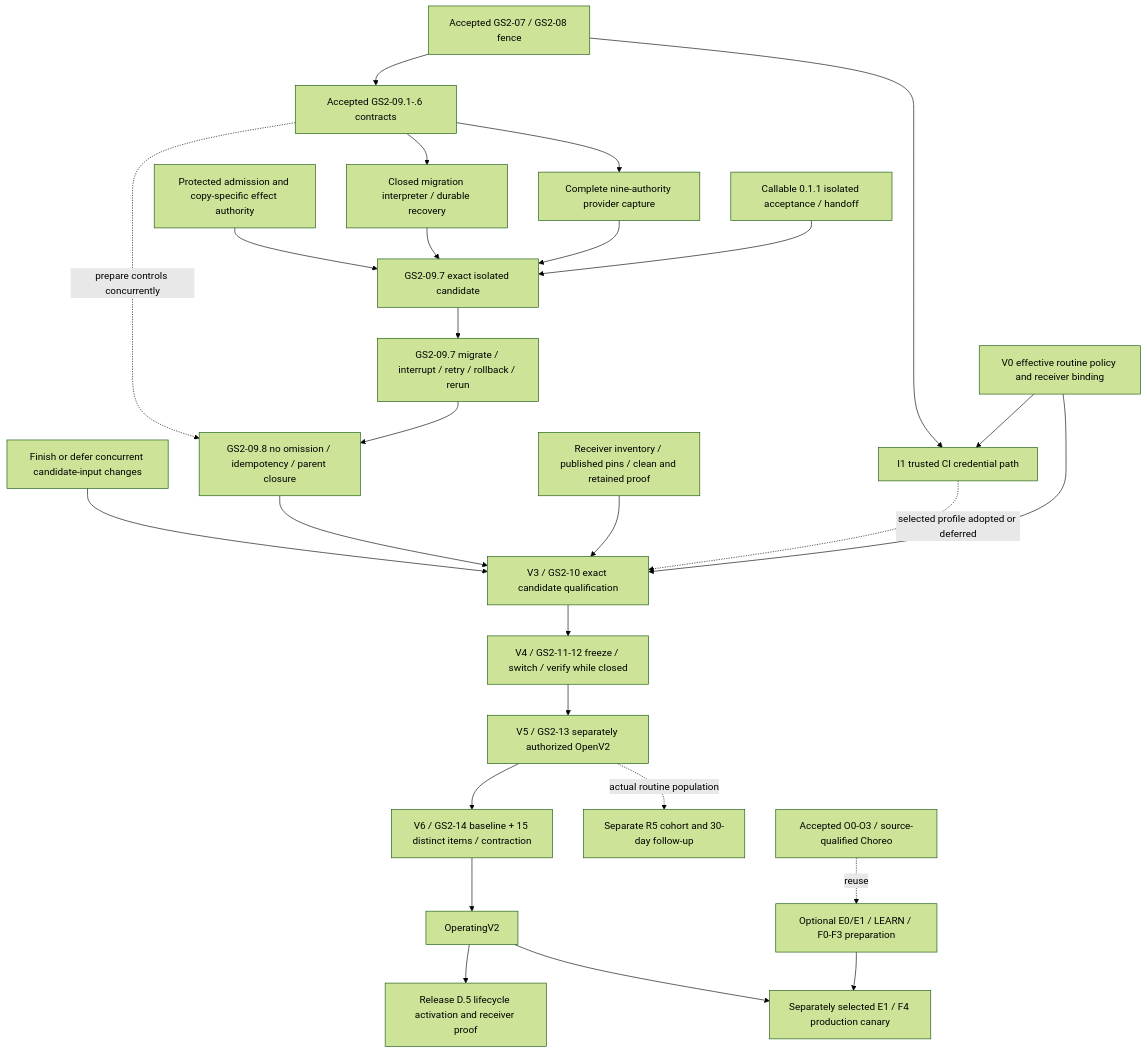
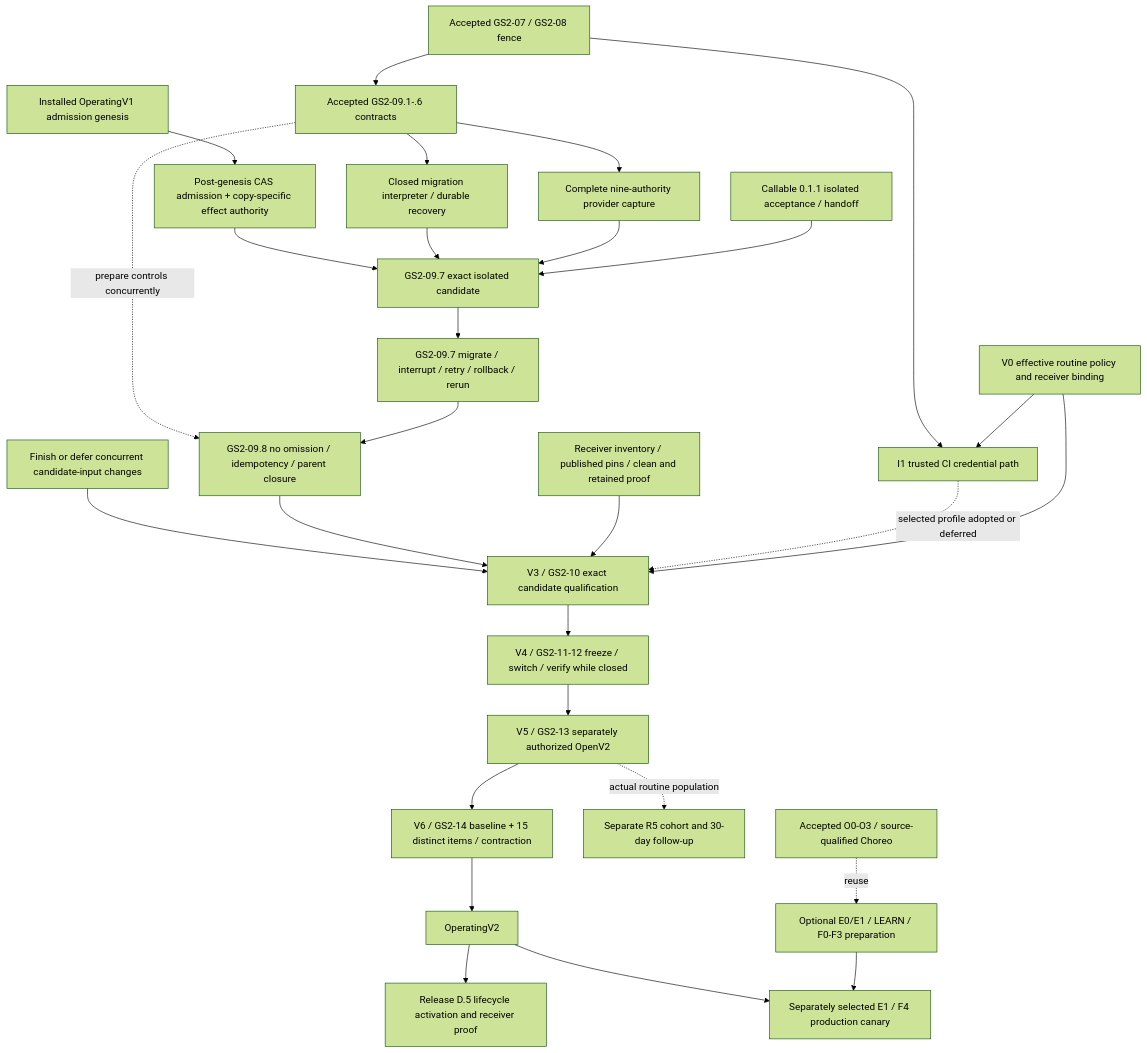
The second of 2 diagrams in docs/2026-09-07-154210-fs-gg-unified-development-roadmap.md (FS-GG/.github), drawn with Mermaid (forest theme) before and after one commit. The commit also changed other lines of this file and 1 other file, not shown here.

Commit message:
Update v2 roadmap after installed v1 admission genesis (#3662)

````diff
--- a/docs/2026-09-07-154210-fs-gg-unified-development-roadmap.md
+++ b/docs/2026-09-07-154210-fs-gg-unified-development-roadmap.md
@@ -1068,29 +1073,30 @@
 ```mermaid
 flowchart TD
     V1["Accepted GS2-07 / GS2-08 fence"] --> Contracts["Accepted GS2-09.1-.6 contracts"]
     Call["Callable 0.1.1 isolated acceptance / handoff"] --> Join["GS2-09.7 exact isolated candidate"]
     Contracts --> Read["Complete nine-authority provider capture"]
     Contracts --> Execute["Closed migration interpreter / durable recovery"]
     Read --> Join
     Execute --> Join
-    Authority["Protected admission and copy-specific effect authority"] --> Join
+    Genesis["Installed OperatingV1 admission genesis"] --> Authority["Post-genesis CAS admission + copy-specific effect authority"]
+    Authority --> Join
     Join --> Rehearse["GS2-09.7 migrate / interrupt / retry / rollback / rerun"]
     Rehearse --> Omit["GS2-09.8 no omission / idempotency / parent closure"]
     Contracts -. prepare controls concurrently .-> Omit
     Policy["V0 effective routine policy and receiver binding"] --> Freeze["V3 / GS2-10 exact candidate qualification"]
     Policy --> I1["I1 trusted CI credential path"]
     V1 --> I1
     I1 -. selected profile adopted or deferred .-> Freeze
     Receivers["Receiver inventory / published pins / clean and retained proof"] --> Freeze
     Omit --> Freeze
     Changes["Finish or defer concurrent candidate-input changes"] --> Freeze
     Freeze --> Closed["V4 / GS2-11-12 freeze / switch / verify while closed"]
     Closed --> Open["V5 / GS2-13 separately authorized OpenV2"]
     Open --> Observe["V6 / GS2-14 baseline + 15 distinct items / contraction"]
     Observe --> Operating["OperatingV2"]
     Open -. actual routine population .-> R5["Separate R5 cohort and 30-day follow-up"]
     Operating --> Lifecycle["Release D.5 lifecycle activation and receiver proof"]
     Foundations["Accepted O0-O3 / source-qualified Choreo"] -. reuse .-> Extensions["Optional E0/E1 / LEARN / F0-F3 preparation"]
     Extensions --> Canary["Separately selected E1 / F4 production canary"]
     Operating --> Canary
 ```
````
